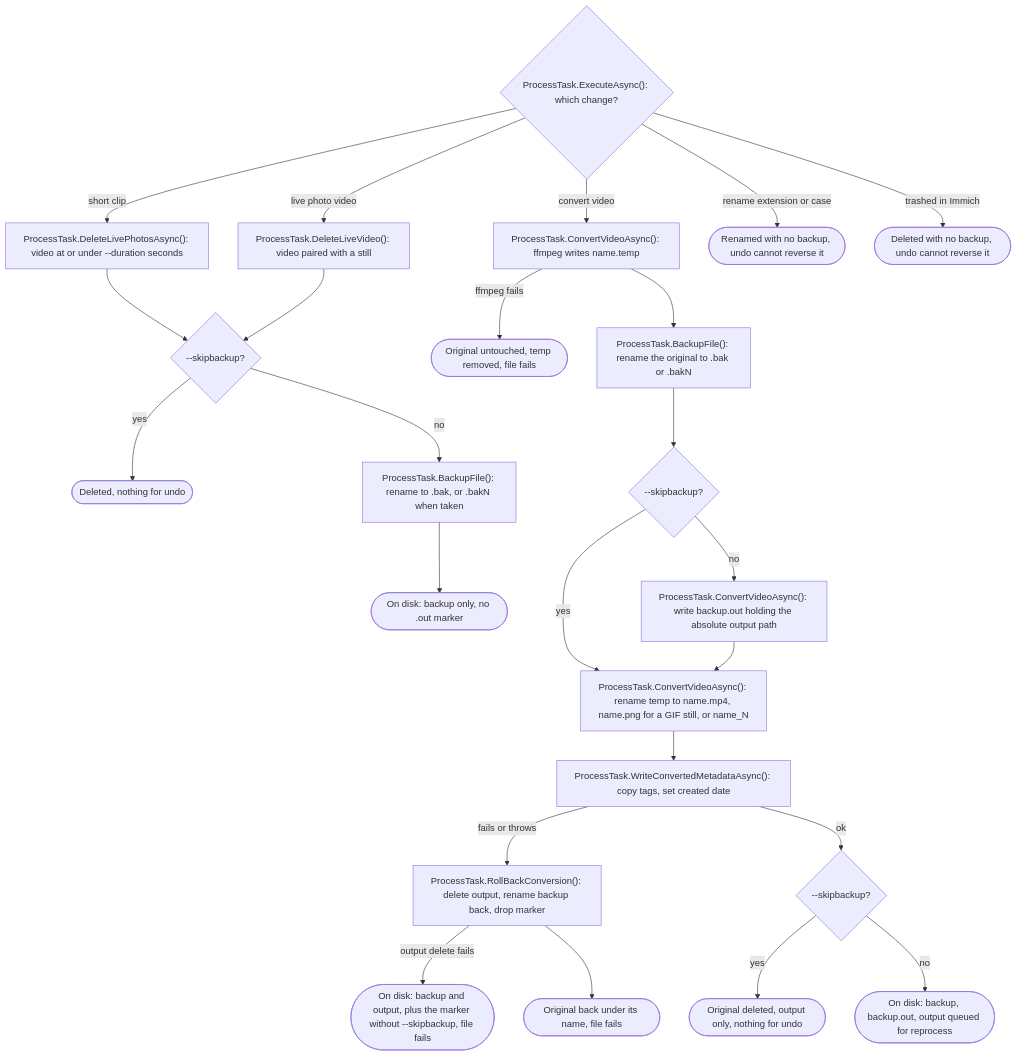
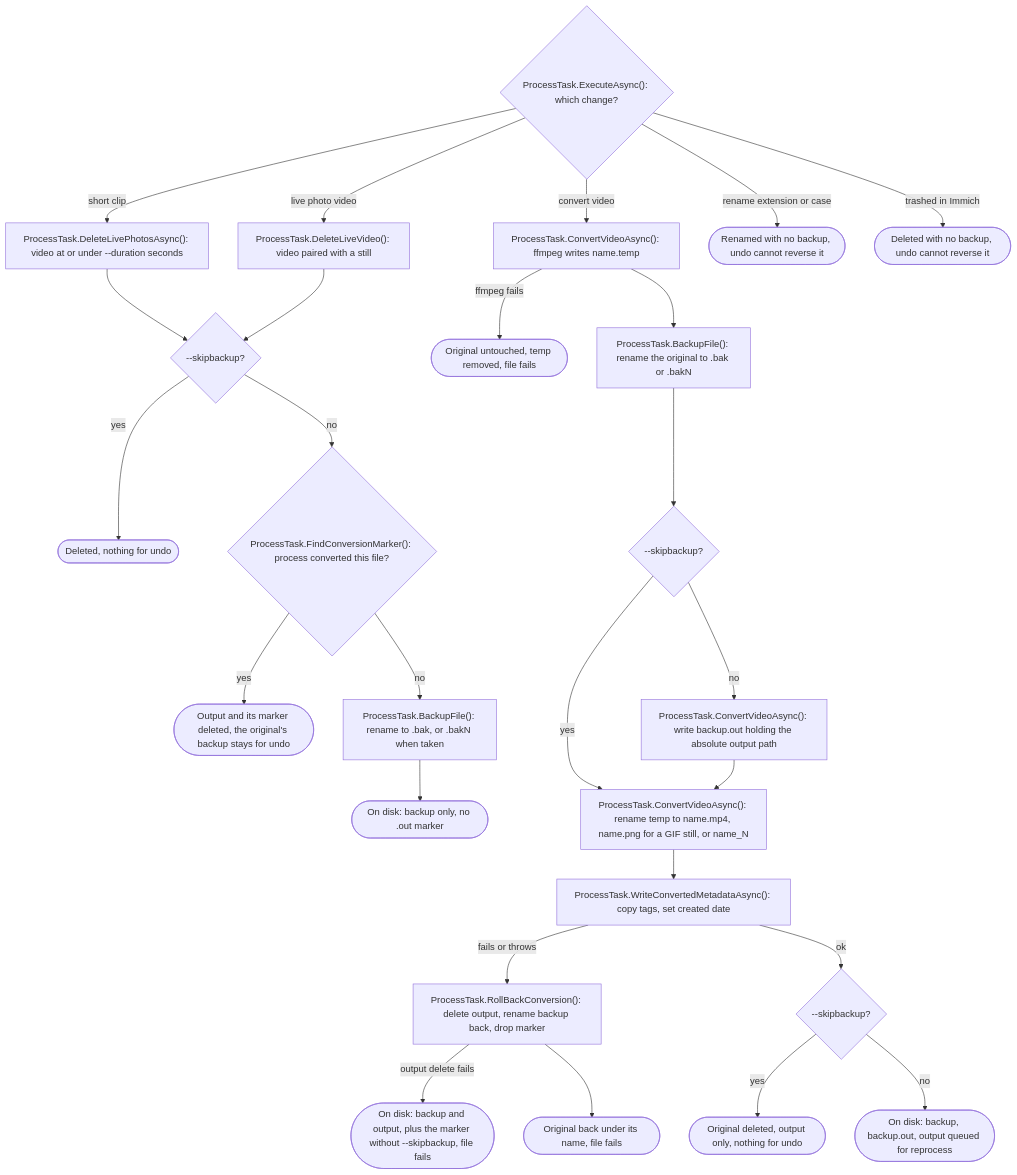
Diagram 18 of 23 in ARCHITECTURE.md (ptr727/PhotoCleaner), drawn with Mermaid before and after one commit. The commit also changed other lines of this file and 5 other files, not shown here.

First line of the commit message:
Delete a Culled Converted Output Instead of Backing It Up

````diff
--- a/ARCHITECTURE.md
+++ b/ARCHITECTURE.md
@@ -938,27 +946,29 @@
 ```mermaid
 flowchart TD
   P1{"ProcessTask.ExecuteAsync(): which change?"}
   P1 -->|"short clip"| P2["ProcessTask.DeleteLivePhotosAsync(): video at or under --duration seconds"]
   P1 -->|"live photo video"| P3["ProcessTask.DeleteLiveVideo(): video paired with a still"]
   P2 --> P4{"--skipbackup?"}
   P3 --> P4
   P4 -->|"yes"| P5(["Deleted, nothing for undo"])
-  P4 -->|"no"| P6["ProcessTask.BackupFile(): rename to .bak, or .bakN when taken"]
+  P4 -->|"no"| P4a{"ProcessTask.FindConversionMarker(): process converted this file?"}
+  P4a -->|"yes"| P4b(["Output and its marker deleted, the original's backup stays for undo"])
+  P4a -->|"no"| P6["ProcessTask.BackupFile(): rename to .bak, or .bakN when taken"]
   P6 --> P7(["On disk: backup only, no .out marker"])
   P1 -->|"convert video"| P8["ProcessTask.ConvertVideoAsync(): ffmpeg writes name.temp"]
   P8 -->|"ffmpeg fails"| P9(["Original untouched, temp removed, file fails"])
   P8 --> P10["ProcessTask.BackupFile(): rename the original to .bak or .bakN"]
   P10 --> P11{"--skipbackup?"}
   P11 -->|"no"| P12["ProcessTask.ConvertVideoAsync(): write backup.out holding the absolute output path"]
   P11 -->|"yes"| P13
   P12 --> P13["ProcessTask.ConvertVideoAsync(): rename temp to name.mp4, name.png for a GIF still, or name_N"]
   P13 --> P14["ProcessTask.WriteConvertedMetadataAsync(): copy tags, set created date"]
   P14 -->|"fails or throws"| P15["ProcessTask.RollBackConversion(): delete output, rename backup back, drop marker"]
   P15 -->|"output delete fails"| P16(["On disk: backup and output, plus the marker without --skipbackup, file fails"])
   P15 --> P17(["Original back under its name, file fails"])
   P14 -->|"ok"| P18{"--skipbackup?"}
   P18 -->|"yes"| P19(["Original deleted, output only, nothing for undo"])
   P18 -->|"no"| P20(["On disk: backup, backup.out, output queued for reprocess"])
   P1 -->|"rename extension or case"| P21(["Renamed with no backup, undo cannot reverse it"])
   P1 -->|"trashed in Immich"| P22(["Deleted with no backup, undo cannot reverse it"])
 ```
````
